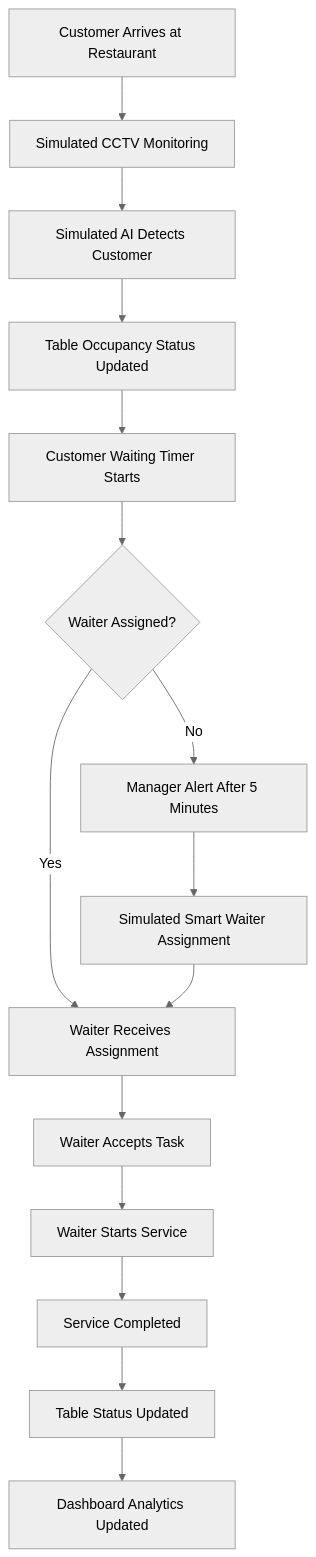
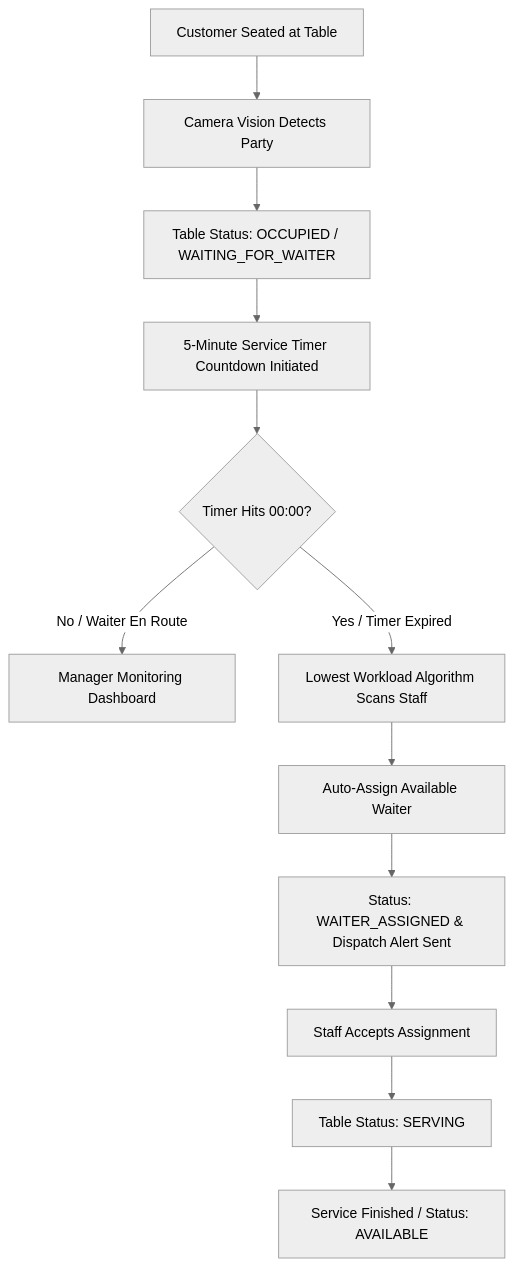
One commit to CodewithShahriar/DineSight-Ai changed the diagram in README.md. Above: the diagram before and after it, drawn with Mermaid (neutral theme). The commit also changed other lines of this file, not shown here.

````diff
--- a/README.md
+++ b/README.md
@@ -144,17 +96,14 @@
 ```mermaid
 flowchart TD
-    A[Customer Arrives at Restaurant] --> B[Simulated CCTV Monitoring]
-    B --> C[Simulated AI Detects Customer]
-    C --> D[Table Occupancy Status Updated]
-    D --> E[Customer Waiting Timer Starts]
-    E --> F{Waiter Assigned?}
-    F -->|No| G[Manager Alert After 5 Minutes]
-    G --> H[Simulated Smart Waiter Assignment]
-    F -->|Yes| I[Waiter Receives Assignment]
-    H --> I
-    I --> J[Waiter Accepts Task]
-    J --> K[Waiter Starts Service]
-    K --> L[Service Completed]
-    L --> M[Table Status Updated]
-    M --> N[Dashboard Analytics Updated]
+    A[Customer Seated at Table] --> B[Camera Vision Detects Party]
+    B --> C[Table Status: OCCUPIED / WAITING_FOR_WAITER]
+    C --> D[5-Minute Service Timer Countdown Initiated]
+    D --> E{Timer Hits 00:00?}
+    E -->|No / Waiter En Route| F[Manager Monitoring Dashboard]
+    E -->|Yes / Timer Expired| G[Lowest Workload Algorithm Scans Staff]
+    G --> H[Auto-Assign Available Waiter]
+    H --> I[Status: WAITER_ASSIGNED & Dispatch Alert Sent]
+    I --> J[Staff Accepts Assignment]
+    J --> K[Table Status: SERVING]
+    K --> L[Service Finished / Status: AVAILABLE]
 ```
````
